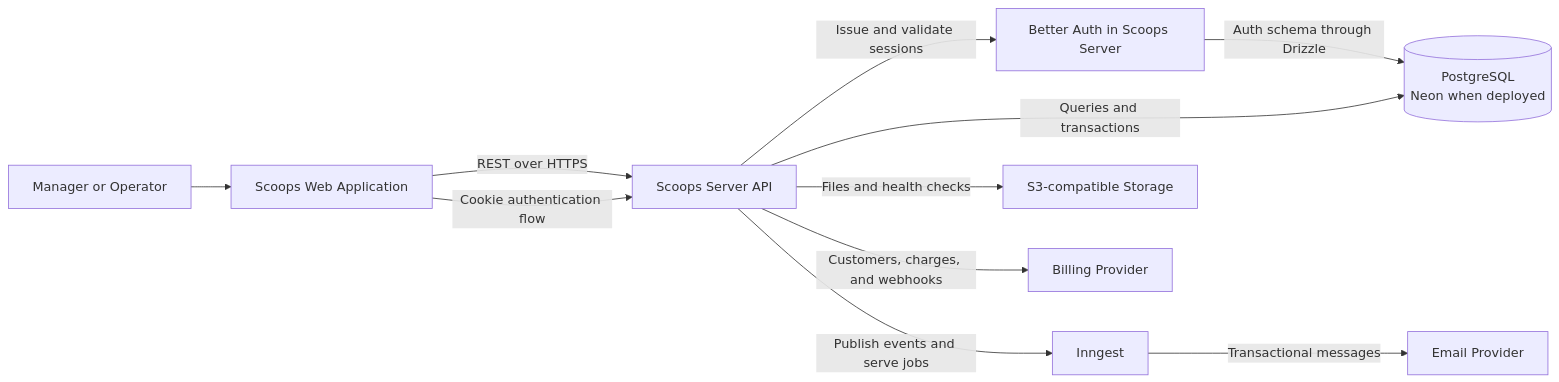
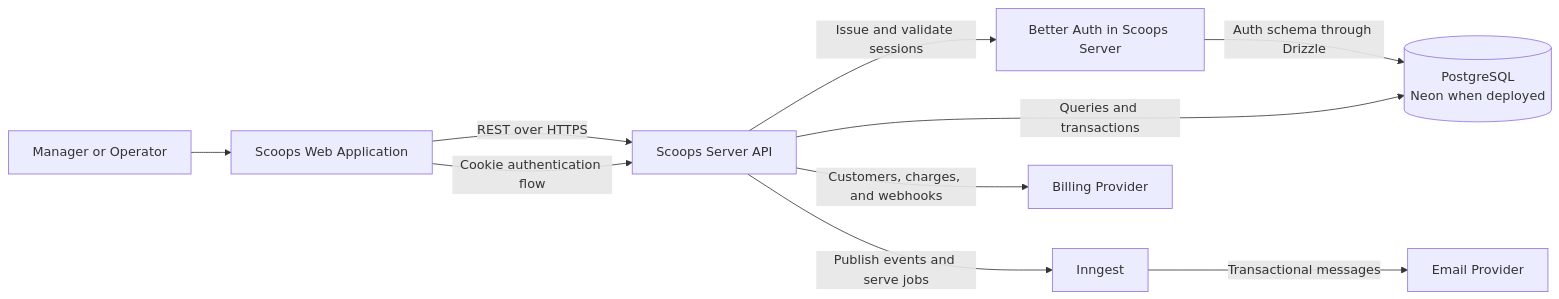
Before and after one commit to rafinel/scoops: the first of 4 diagrams in documentation/architecture.md, drawn with Mermaid. The commit also changed other lines of this file and 6 other files, not shown here.

````diff
--- a/documentation/architecture.md
+++ b/documentation/architecture.md
@@ -66,23 +66,21 @@
 ```mermaid
 flowchart LR
   user["Manager or Operator"]
   web["Scoops Web Application"]
   api["Scoops Server API"]
   auth["Better Auth in Scoops Server"]
   db[("PostgreSQL\nNeon when deployed")]
   jobs["Inngest"]
-  storage["S3-compatible Storage"]
   billing["Billing Provider"]
   email["Email Provider"]
 
   user --> web
   web -->|"REST over HTTPS"| api
   web -->|"Cookie authentication flow"| api
   api -->|"Issue and validate sessions"| auth
   auth -->|"Auth schema through Drizzle"| db
   api -->|"Queries and transactions"| db
   api -->|"Publish events and serve jobs"| jobs
-  api -->|"Files and health checks"| storage
   api -->|"Customers, charges, and webhooks"| billing
   jobs -->|"Transactional messages"| email
 ```
````
